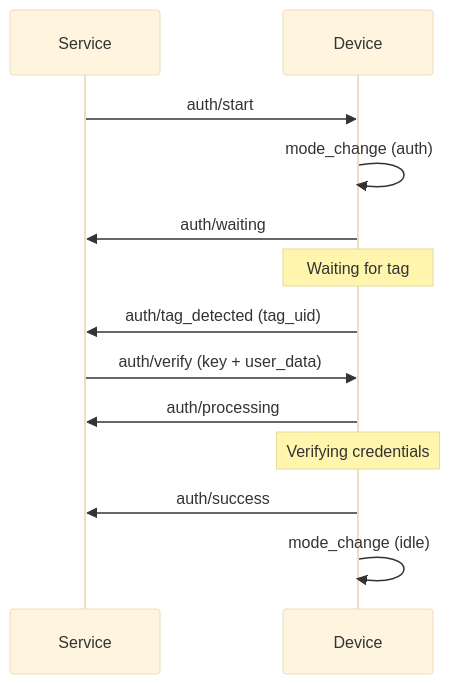
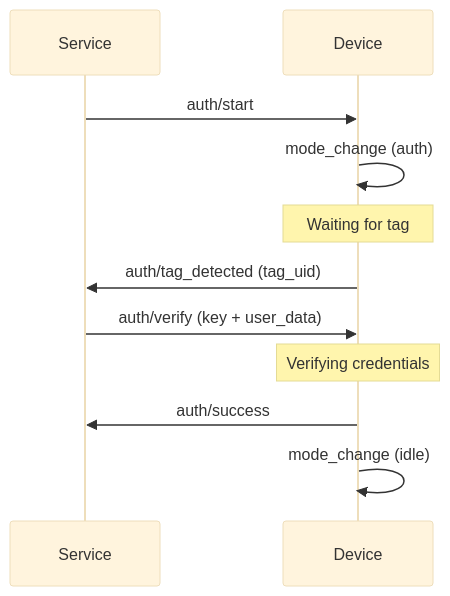
Before and after one commit to LibreTap/mqtt-protocol: the second of 3 diagrams in MQTT_PROTOCOL_SPEC.md, drawn with Mermaid (base theme). The commit also changed other lines of this file and 5 other files, not shown here.

Commit message:
refactor: remove waiting events from authentication, register and reading flows

````diff
--- a/MQTT_PROTOCOL_SPEC.md
+++ b/MQTT_PROTOCOL_SPEC.md
@@ -202,16 +199,14 @@
 ```mermaid
 sequenceDiagram
     participant Service
     participant Device
     
     Service->>Device: auth/start
     Device->>Device: mode_change (auth)
-    Device->>Service: auth/waiting
     Note over Device: Waiting for tag
     Device->>Service: auth/tag_detected (tag_uid)
     Service->>Device: auth/verify (key + user_data)
-    Device->>Service: auth/processing
     Note over Device: Verifying credentials
     Device->>Service: auth/success
     Device->>Device: mode_change (idle)
 ```
````
